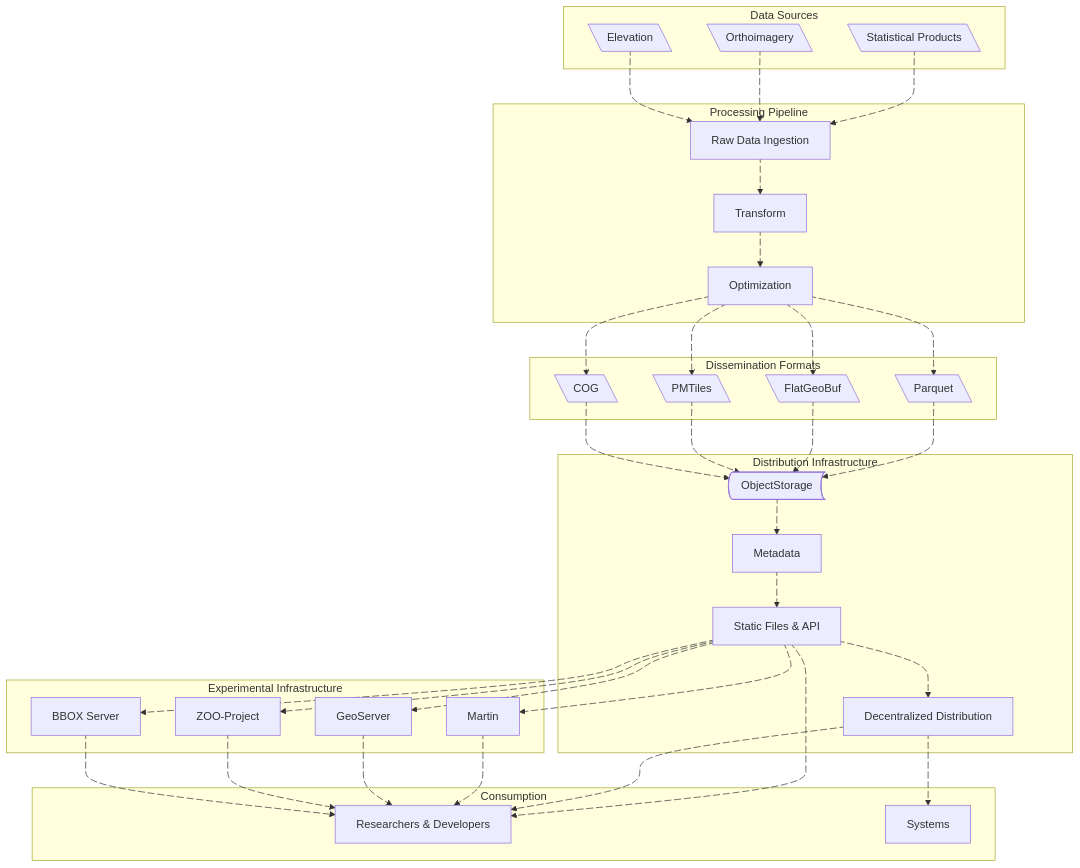
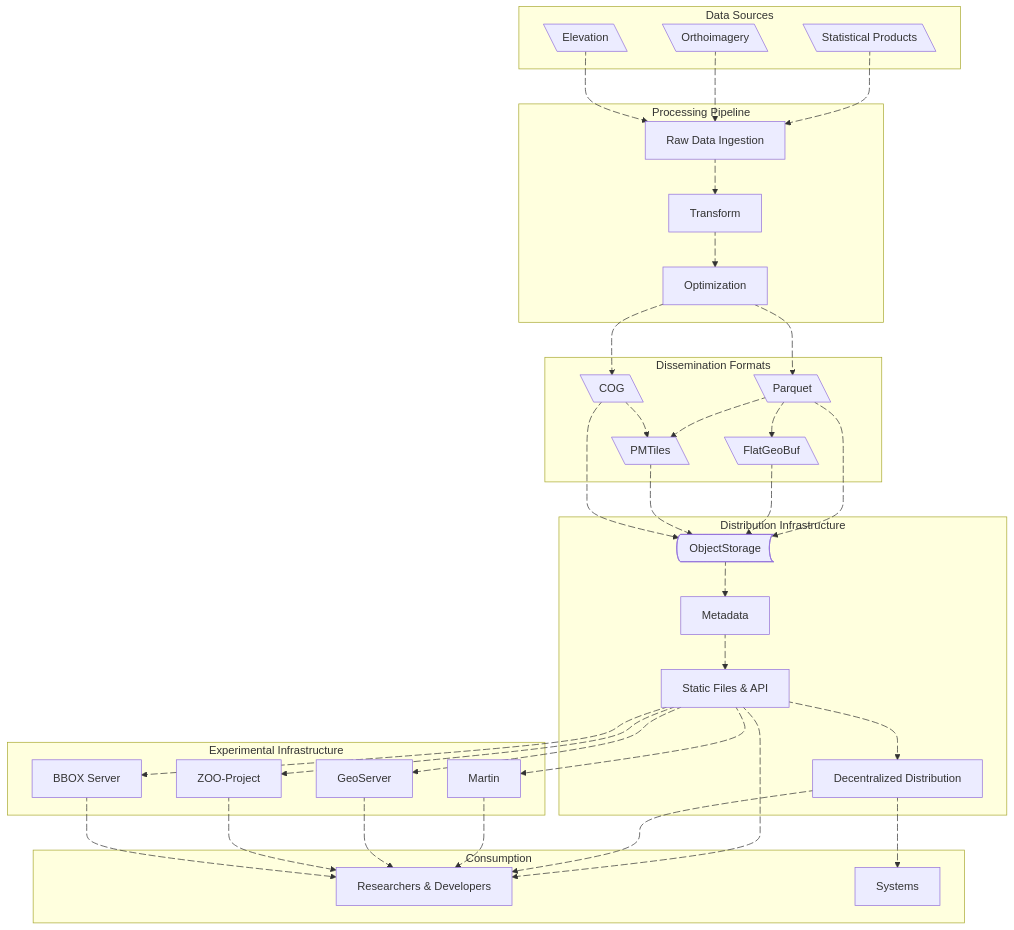
The diagram in content/_index.md (dataforcanada/www.dataforcanada.org), drawn with Mermaid before and after one commit.

Commit message:
Update homepage high-level overview

```diff
--- a/content/_index.md
+++ b/content/_index.md
@@ -73,9 +73,9 @@
     a5@{animate: true, animation: slow}
     Opt a6@--> Parquet
     a6@{animate: true, animation: slow}
-    Opt a7@--> FlatGeoBuf
+    Parquet a7@--> FlatGeoBuf
     a7@{animate: true, animation: slow}
-    Opt a8@--> PMTiles
+    Parquet a8@--> PMTiles
     a8@{animate: true, animation: slow}
     Opt a9@--> COG
     a9@{animate: true, animation: slow}
@@ -87,6 +87,8 @@
     a12@{animate: true, animation: slow}
     COG a13@--> ObjectStorage
     a13@{animate: true, animation: slow}
+    COG a28@--> PMTiles
+    a28@{animate: true, animation: slow}
     ObjectStorage a14@--> Metadata
     a14@{animate: true, animation: slow}
     Metadata a15@--> HTTP
```
